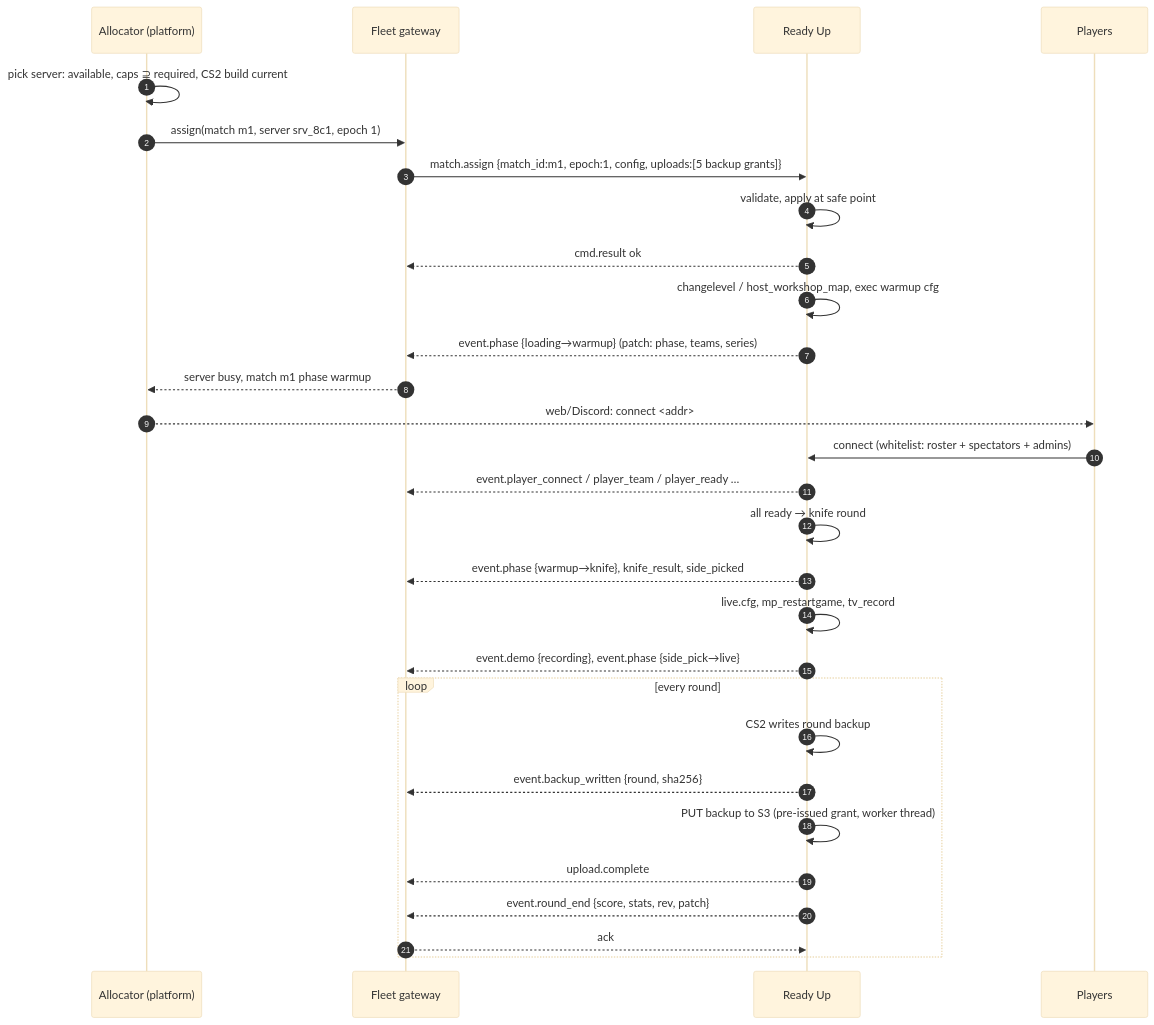
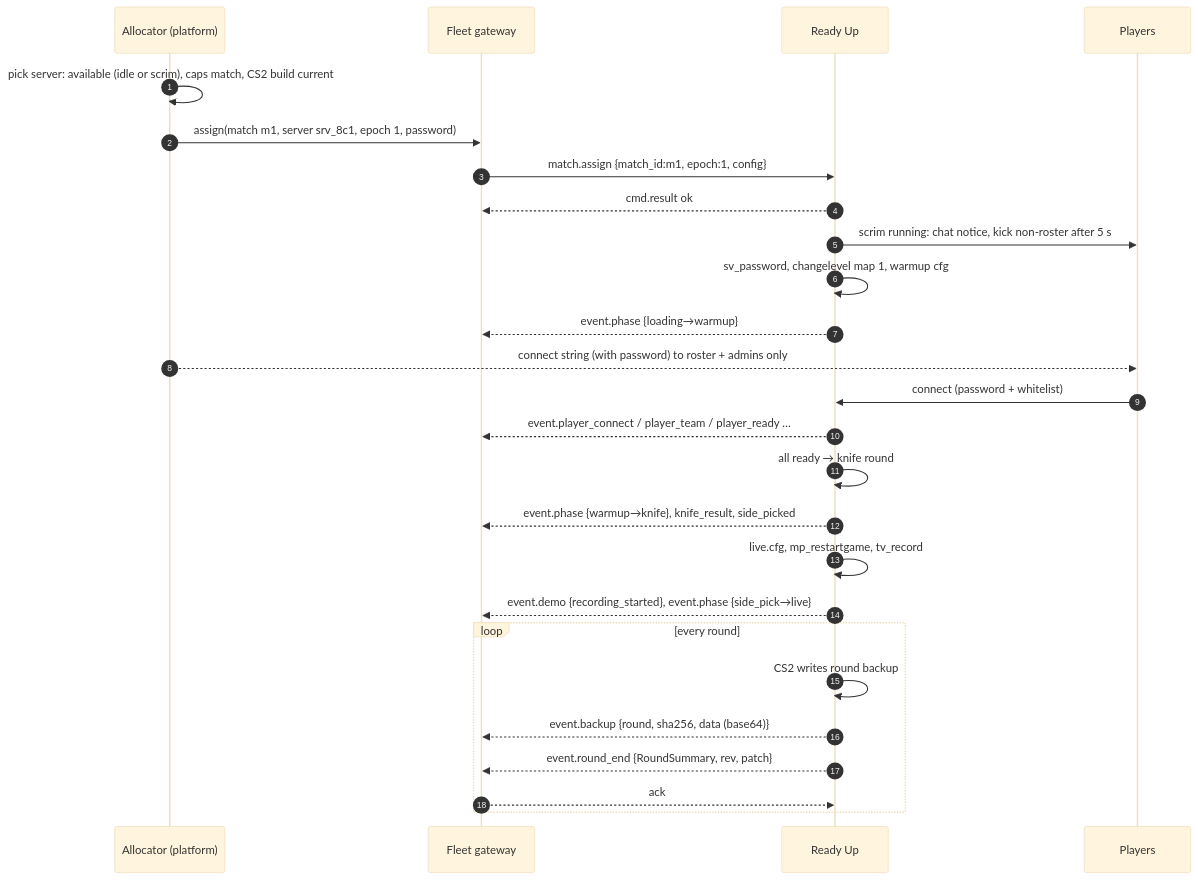
Before and after one commit to Auto-Tournament/ready-up: the fourth of 7 diagrams in docs/FLEET.md, drawn with Mermaid (base theme). The commit also changed other lines of this file, not shown here.

````diff
--- a/docs/FLEET.md
+++ b/docs/FLEET.md
@@ -672,31 +704,28 @@
 ```mermaid
 sequenceDiagram
     autonumber
     participant A as Allocator (platform)
     participant GW as Fleet gateway
     participant RU as Ready Up
     participant P as Players
-    A->>A: pick server: available, caps ⊇ required, CS2 build current
-    A->>GW: assign(match m1, server srv_8c1, epoch 1)
-    GW->>RU: match.assign {match_id:m1, epoch:1, config, uploads:[5 backup grants]}
-    RU->>RU: validate, apply at safe point
+    A->>A: pick server: available (idle or scrim), caps match, CS2 build current
+    A->>GW: assign(match m1, server srv_8c1, epoch 1, password)
+    GW->>RU: match.assign {match_id:m1, epoch:1, config}
     RU-->>GW: cmd.result ok
-    RU->>RU: changelevel / host_workshop_map, exec warmup cfg
-    RU-->>GW: event.phase {loading→warmup} (patch: phase, teams, series)
-    GW-->>A: server busy, match m1 phase warmup
-    A-->>P: web/Discord: connect <addr>
-    P->>RU: connect (whitelist: roster + spectators + admins)
+    RU->>P: scrim running: chat notice, kick non-roster after 5 s
+    RU->>RU: sv_password, changelevel map 1, warmup cfg
+    RU-->>GW: event.phase {loading→warmup}
+    A-->>P: connect string (with password) to roster + admins only
+    P->>RU: connect (password + whitelist)
     RU-->>GW: event.player_connect / player_team / player_ready …
     RU->>RU: all ready → knife round
     RU-->>GW: event.phase {warmup→knife}, knife_result, side_picked
     RU->>RU: live.cfg, mp_restartgame, tv_record
-    RU-->>GW: event.demo {recording}, event.phase {side_pick→live}
+    RU-->>GW: event.demo {recording_started}, event.phase {side_pick→live}
     loop every round
         RU->>RU: CS2 writes round backup
-        RU-->>GW: event.backup_written {round, sha256}
-        RU->>RU: PUT backup to S3 (pre-issued grant, worker thread)
-        RU-->>GW: upload.complete
-        RU-->>GW: event.round_end {score, stats, rev, patch}
+        RU-->>GW: event.backup {round, sha256, data (base64)}
+        RU-->>GW: event.round_end {RoundSummary, rev, patch}
         GW-->>RU: ack
     end
 ```
````
